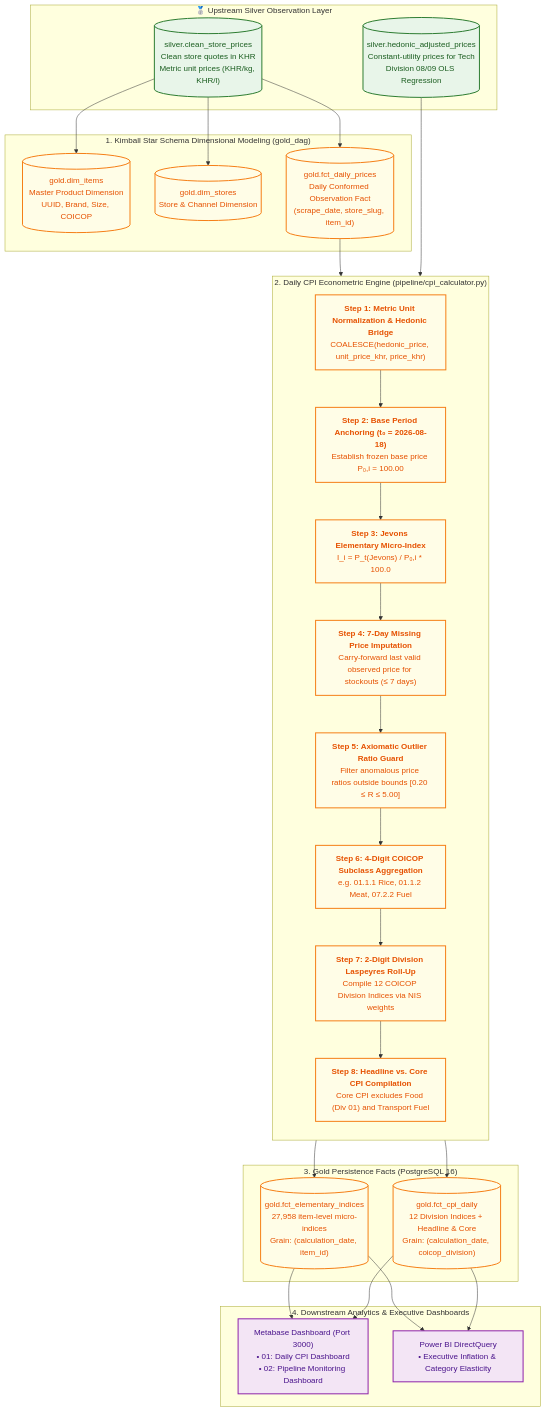
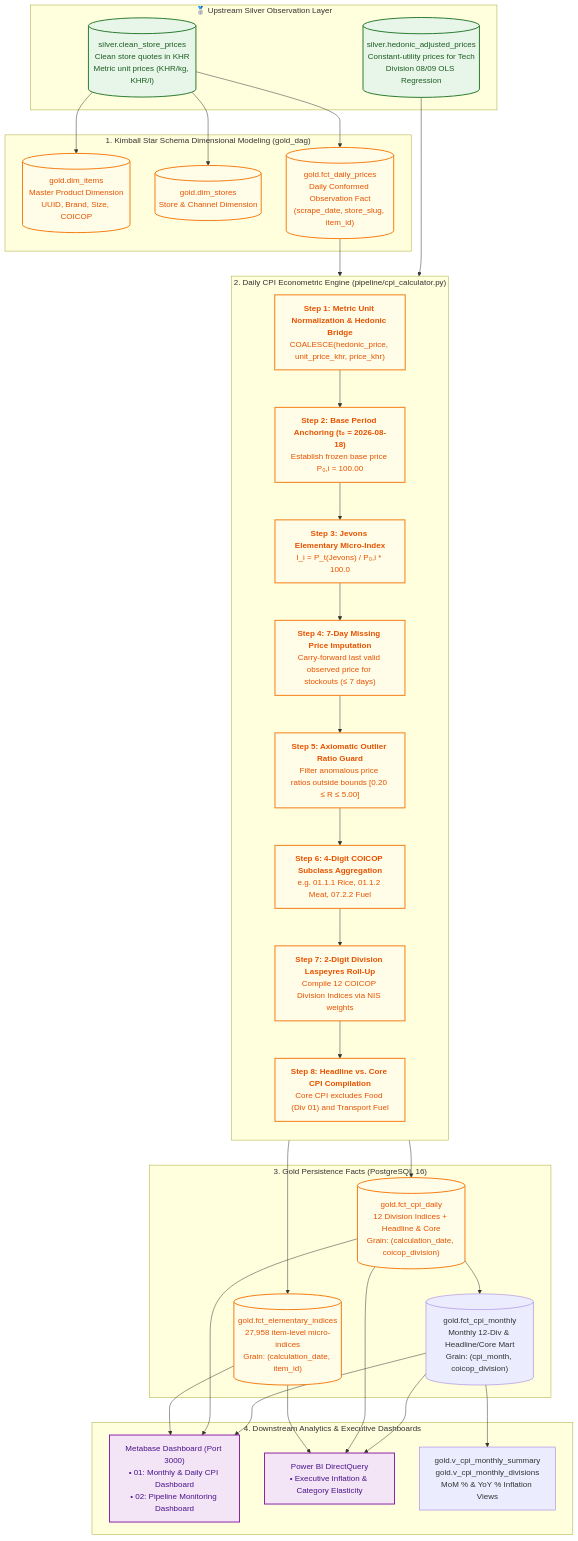
Before and after one commit to Korngmeng-Taing/Cambodia-cpi-pipeline: the diagram in docs/GOLD_LAYER_CPI_METHODOLOGY_GUIDE.md, drawn with Mermaid. The commit also changed 53 other files, not shown here.

Commit message:
feat(cpi): implement monthly cpi mart, 4-digit coicop taxonomy, and comprehensive codebase fixes

````diff
--- a/docs/GOLD_LAYER_CPI_METHODOLOGY_GUIDE.md
+++ b/docs/GOLD_LAYER_CPI_METHODOLOGY_GUIDE.md
@@ -29,55 +29,59 @@
 ```mermaid
 flowchart TD
     subgraph SilverInput["🥈 Upstream Silver Observation Layer"]
         S1[("silver.clean_store_prices<br>Clean store quotes in KHR<br>Metric unit prices (KHR/kg, KHR/l)")]
         S2[("silver.hedonic_adjusted_prices<br>Constant-utility prices for Tech<br>Division 08/09 OLS Regression")]
     end
 
     subgraph GoldStar["1. Kimball Star Schema Dimensional Modeling (gold_dag)"]
         D_ITEM[("gold.dim_items<br>Master Product Dimension<br>UUID, Brand, Size, COICOP")]
         D_STORE[("gold.dim_stores<br>Store & Channel Dimension")]
         F_DAILY[("gold.fct_daily_prices<br>Daily Conformed Observation Fact<br>(scrape_date, store_slug, item_id)")]
 
         S1 --> D_ITEM
         S1 --> D_STORE
         S1 --> F_DAILY
     end
 
     subgraph GoldEngine["2. Daily CPI Econometric Engine (pipeline/cpi_calculator.py)"]
         direction TB
         E1["<b>Step 1: Metric Unit Normalization & Hedonic Bridge</b><br>COALESCE(hedonic_price, unit_price_khr, price_khr)"]
         E2["<b>Step 2: Base Period Anchoring (t₀ = 2026-08-18)</b><br>Establish frozen base price P₀,i = 100.00"]
         E3["<b>Step 3: Jevons Elementary Micro-Index</b><br>I_i = P_t(Jevons) / P₀,i * 100.0"]
         E4["<b>Step 4: 7-Day Missing Price Imputation</b><br>Carry-forward last valid observed price for stockouts (≤ 7 days)"]
         E5["<b>Step 5: Axiomatic Outlier Ratio Guard</b><br>Filter anomalous price ratios outside bounds [0.20 ≤ R ≤ 5.00]"]
         E6["<b>Step 6: 4-Digit COICOP Subclass Aggregation</b><br>e.g. 01.1.1 Rice, 01.1.2 Meat, 07.2.2 Fuel"]
         E7["<b>Step 7: 2-Digit Division Laspeyres Roll-Up</b><br>Compile 12 COICOP Division Indices via NIS weights"]
         E8["<b>Step 8: Headline vs. Core CPI Compilation</b><br>Core CPI excludes Food (Div 01) and Transport Fuel"]
 
         F_DAILY & S2 --> E1
         E1 --> E2 --> E3 --> E4 --> E5 --> E6 --> E7 --> E8
     end
 
     subgraph GoldStorage["3. Gold Persistence Facts (PostgreSQL 16)"]
         G_ELEM[("gold.fct_elementary_indices<br>27,958 item-level micro-indices<br>Grain: (calculation_date, item_id)")]
         G_CPI[("gold.fct_cpi_daily<br>12 Division Indices + Headline & Core<br>Grain: (calculation_date, coicop_division)")]
+        G_MON[("gold.fct_cpi_monthly<br>Monthly 12-Div & Headline/Core Mart<br>Grain: (cpi_month, coicop_division)")]
 
         E5 --> G_ELEM
-        E8 --> G_CPI
+        E8 --> G_CPI --> G_MON
     end
 
     subgraph ServingLayer["4. Downstream Analytics & Executive Dashboards"]
-        M1["Metabase Dashboard (Port 3000)<br>• 01: Daily CPI Dashboard<br>• 02: Pipeline Monitoring Dashboard"]
+        M1["Metabase Dashboard (Port 3000)<br>• 01: Monthly & Daily CPI Dashboard<br>• 02: Pipeline Monitoring Dashboard"]
         M2["Power BI DirectQuery<br>• Executive Inflation & Category Elasticity"]
+        V_MON["gold.v_cpi_monthly_summary<br>gold.v_cpi_monthly_divisions<br>MoM % & YoY % Inflation Views"]
 
-        G_ELEM & G_CPI --> M1 & M2
+        G_ELEM & G_CPI & G_MON --> M1 & M2
+        G_MON --> V_MON
     end
+
 
     classDef slv fill:#e8f5e9,stroke:#2e7d32,stroke-width:2px,color:#1b5e20;
     classDef gld fill:#fffde7,stroke:#f57f17,stroke-width:2px,color:#e65100;
     classDef srv fill:#f3e5f5,stroke:#8e24aa,stroke-width:2px,color:#4a148c;
 
     class S1,S2 slv;
     class D_ITEM,D_STORE,F_DAILY,E1,E2,E3,E4,E5,E6,E7,E8,G_ELEM,G_CPI gld;
     class M1,M2 srv;
 ```
````
